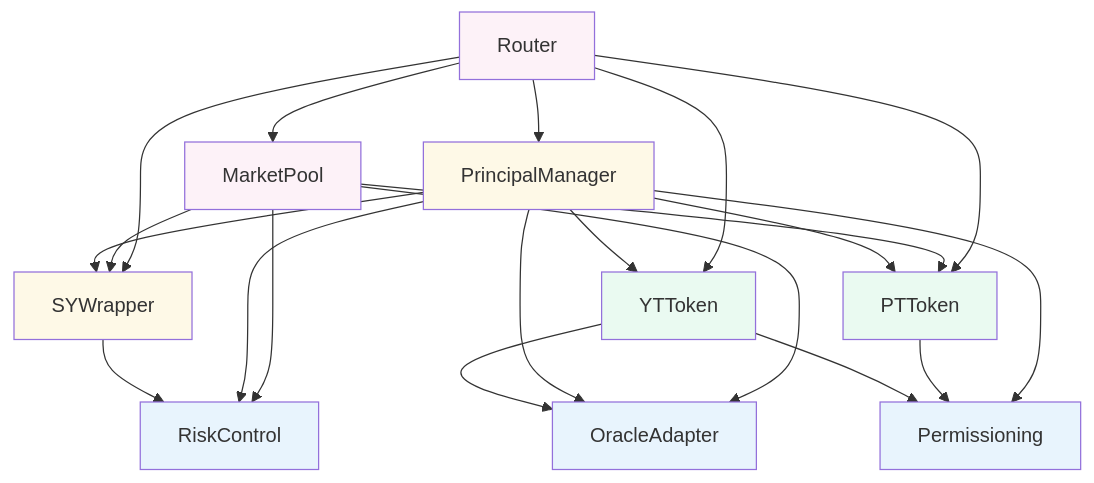
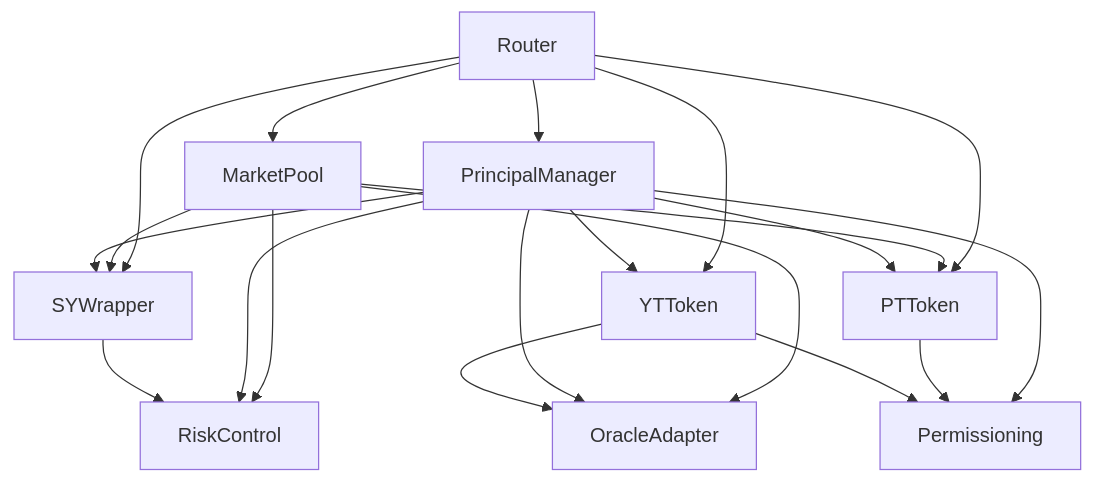
The first of 9 diagrams in ARCHITECTURE.md (principal-Protocol-org/principal), drawn with Mermaid before and after one commit.

Commit message:
docs: simplify dependency graph rendering

````diff
--- a/ARCHITECTURE.md
+++ b/ARCHITECTURE.md
@@ -63,36 +63,35 @@
 ```mermaid
-graph TD
+flowchart TD
+    Router["Router"]
+    MarketPool["MarketPool"]
+    PrincipalManager["PrincipalManager"]
+    SYWrapper["SYWrapper"]
+    PTToken["PTToken"]
+    YTToken["YTToken"]
+    OracleAdapter["OracleAdapter"]
+    Permissioning["Permissioning"]
+    RiskControl["RiskControl"]
+
     Router --> MarketPool
     Router --> PrincipalManager
     Router --> SYWrapper
     Router --> PTToken
     Router --> YTToken
 
     MarketPool --> PTToken
     MarketPool --> SYWrapper
     MarketPool --> OracleAdapter
     MarketPool --> RiskControl
 
     PrincipalManager --> SYWrapper
     PrincipalManager --> OracleAdapter
     PrincipalManager --> Permissioning
     PrincipalManager --> RiskControl
     PrincipalManager --> PTToken
     PrincipalManager --> YTToken
 
     PTToken --> Permissioning
     YTToken --> Permissioning
     YTToken --> OracleAdapter
-
     SYWrapper --> RiskControl
-
-    style OracleAdapter fill:#e8f4fd
-    style Permissioning fill:#e8f4fd
-    style RiskControl fill:#e8f4fd
-    style SYWrapper fill:#fef9e7
-    style PrincipalManager fill:#fef9e7
-    style PTToken fill:#eafaf1
-    style YTToken fill:#eafaf1
-    style MarketPool fill:#fdf2f8
-    style Router fill:#fdf2f8
 ```
````
